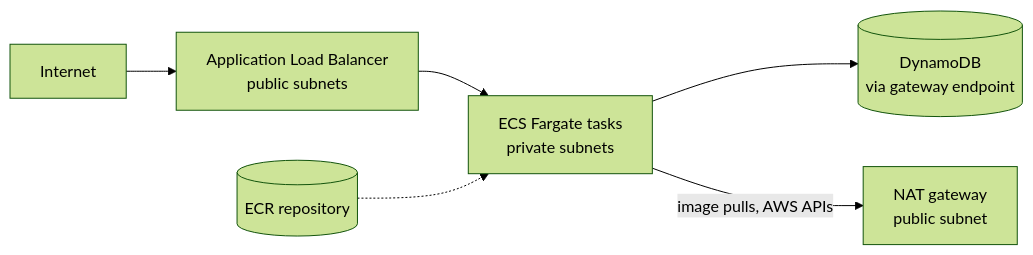
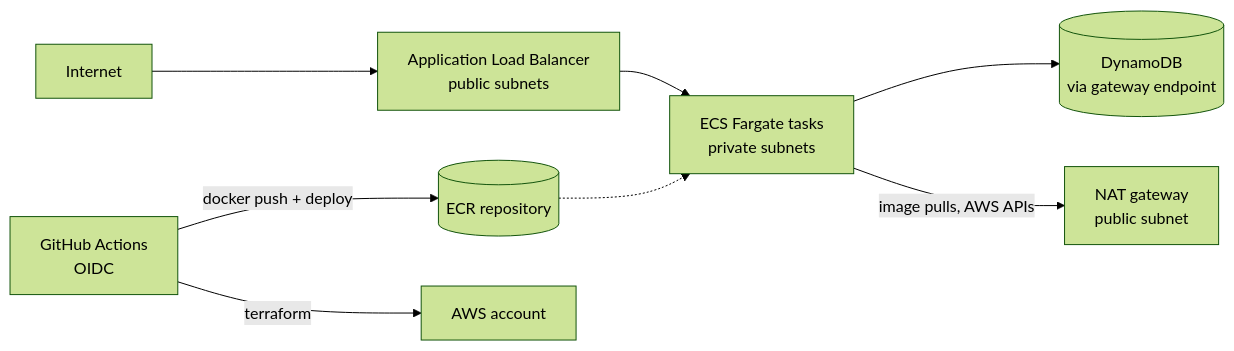
One commit to Priyanshzx/terraform-aws-three-tier changed the diagram in README.md. Above: the diagram before and after it, drawn with Mermaid (forest theme). The commit also changed other lines of this file and 2 other files, not shown here.

````diff
--- a/README.md
+++ b/README.md
@@ -9,8 +7,10 @@
 ```mermaid
 flowchart LR
     U[Internet] --> ALB["Application Load Balancer<br/>public subnets"]
     ALB --> T["ECS Fargate tasks<br/>private subnets"]
     T --> DDB[("DynamoDB<br/>via gateway endpoint")]
     T -->|"image pulls, AWS APIs"| NAT["NAT gateway<br/>public subnet"]
     ECR[("ECR repository")] -.-> T
+    GH["GitHub Actions<br/>OIDC"] -->|"terraform"| AWS["AWS account"]
+    GH -->|"docker push + deploy"| ECR
 ```
````
